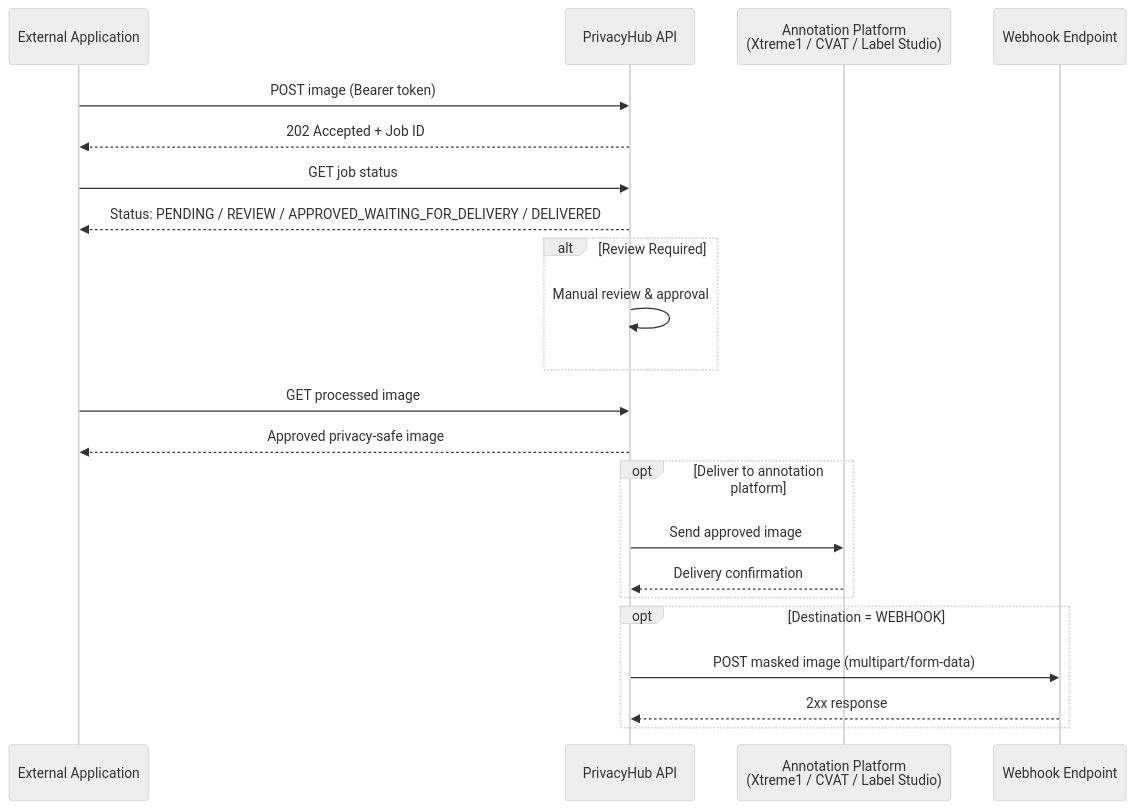
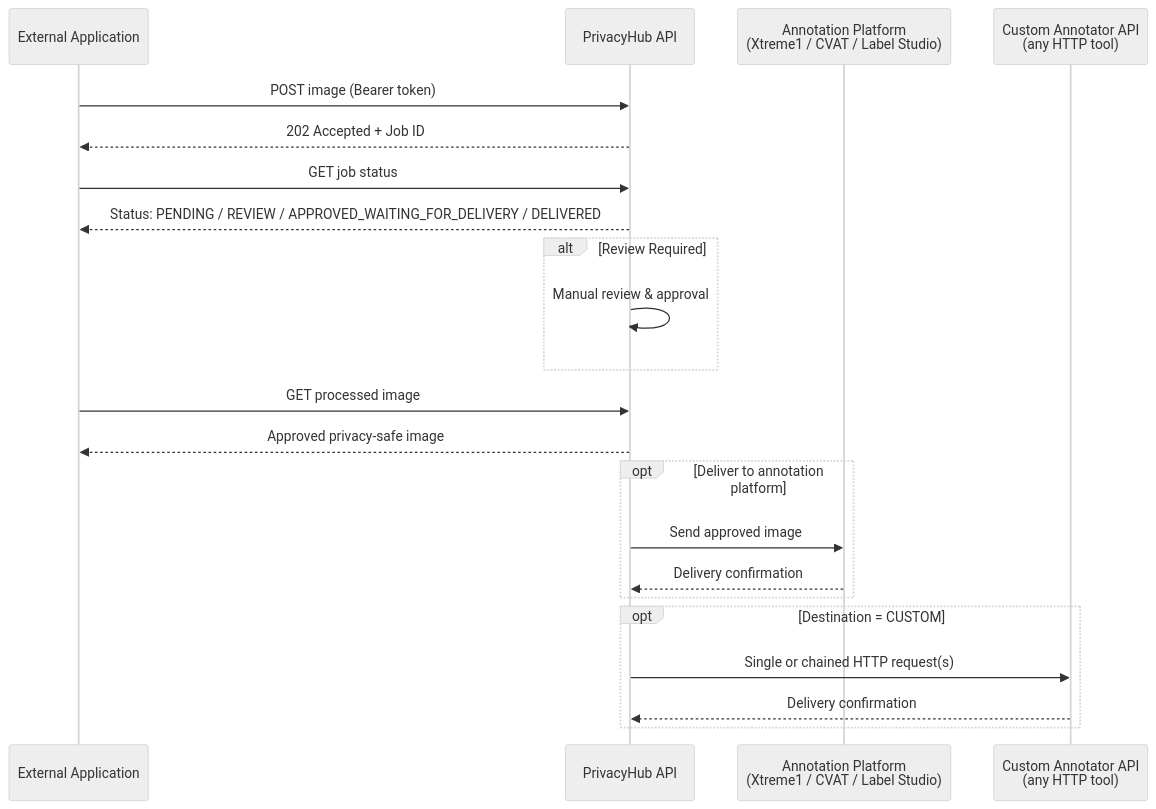
One commit to snehaja05d/privacy-preserving-annotation changed the second of 2 diagrams in README.md. Above: the diagram before and after it, drawn with Mermaid (neutral theme). The commit also changed other lines of this file, not shown here.

First line of the commit message:
Revise image delivery methods and API workflow

````diff
--- a/README.md
+++ b/README.md
@@ -276,29 +275,29 @@
 ```mermaid
 sequenceDiagram
     participant App as External Application
     participant API as PrivacyHub API
     participant AP as Annotation Platform<br/>(Xtreme1 / CVAT / Label Studio)
-    participant WH as Webhook Endpoint
+    participant CA as Custom Annotator API<br/>(any HTTP tool)
 
     App->>API: POST image (Bearer token)
     API-->>App: 202 Accepted + Job ID
     App->>API: GET job status
     API-->>App: Status: PENDING / REVIEW / APPROVED_WAITING_FOR_DELIVERY / DELIVERED
 
     alt Review Required
         API->>API: Manual review & approval
     end
 
     App->>API: GET processed image
     API-->>App: Approved privacy-safe image
 
     opt Deliver to annotation platform
         API->>AP: Send approved image
         AP-->>API: Delivery confirmation
     end
 
-    opt Destination = WEBHOOK
-        API->>WH: POST masked image (multipart/form-data)
-        WH-->>API: 2xx response
+    opt Destination = CUSTOM
+        API->>CA: Single or chained HTTP request(s)
+        CA-->>API: Delivery confirmation
     end
 ```
````
